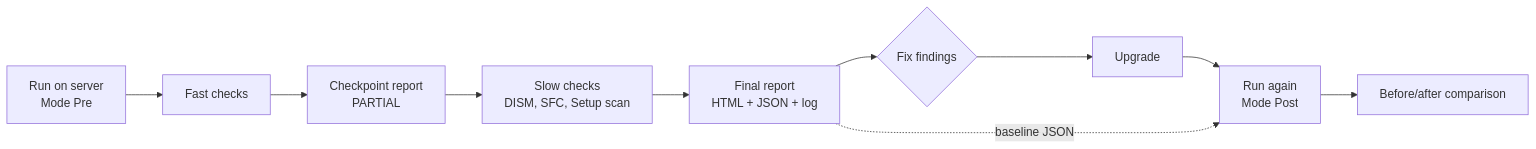
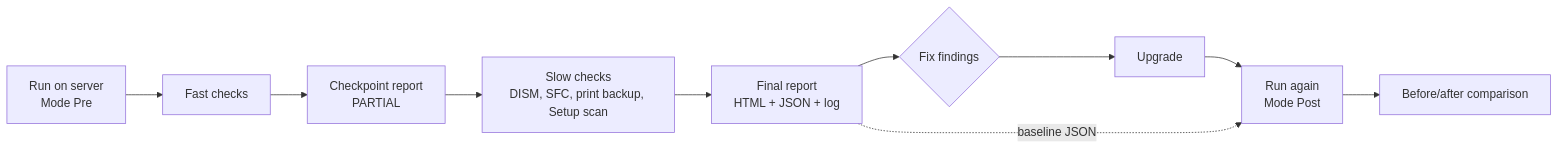
Before and after one commit to JeanKadang/IPU-ReadinessAssessment: the first of 3 diagrams in README.md, drawn with Mermaid. The commit also changed other lines of this file and 14 other files, not shown here.

````diff
--- a/README.md
+++ b/README.md
@@ -35,12 +35,12 @@
 ```mermaid
 flowchart LR
     A[Run on server<br/>Mode Pre] --> B[Fast checks]
     B --> C[Checkpoint report<br/>PARTIAL]
-    C --> D[Slow checks<br/>DISM, SFC, Setup scan]
+    C --> D[Slow checks<br/>DISM, SFC, print backup, Setup scan]
     D --> E[Final report<br/>HTML + JSON + log]
     E --> F{Fix findings}
     F --> G[Upgrade]
     G --> H[Run again<br/>Mode Post]
     H --> I[Before/after comparison]
     E -.baseline JSON.-> H
 ```
````
